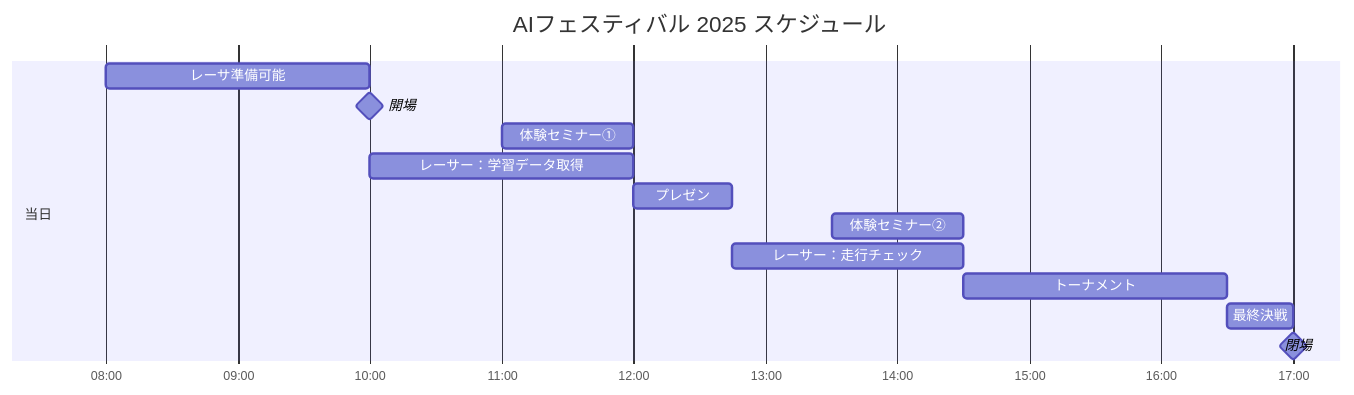
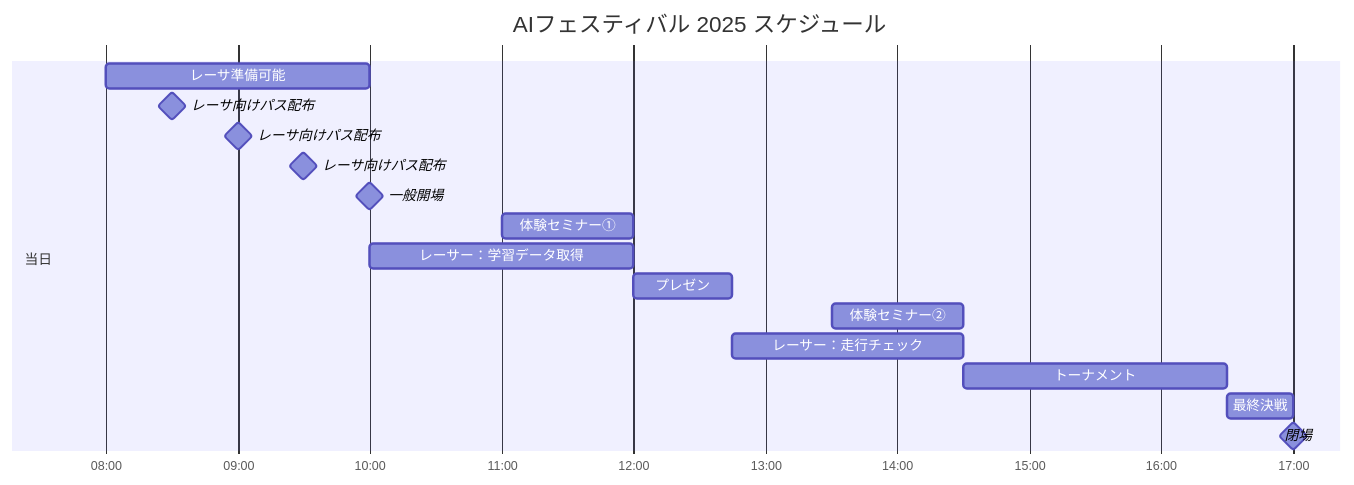
One commit to KwikHangout/AI-RC changed the diagram in AIFestival2025/AI_festival_plan_for_racer.md. Above: the diagram before and after it, drawn with Mermaid. The commit also changed 5 other files, not shown here.

````diff
--- a/AIFestival2025/AI_festival_plan_for_racer.md
+++ b/AIFestival2025/AI_festival_plan_for_racer.md
@@ -140,18 +140,21 @@
 ```mermaid
 gantt
     title AIフェスティバル 2025 スケジュール
     dateFormat YYYY-MM-DD HH:mm
     axisFormat %H:%M
 
     section 当日
     レーサ準備可能 :prep2, 2024-11-08 08:00, 2h
-    開場 :milestone, open, 2024-11-08 10:00, 0h
+    レーサ向けパス配布 :milestone, open, 2024-11-08 8:30, 0h
+    レーサ向けパス配布 :milestone, open, 2024-11-08 9:00, 0h
+    レーサ向けパス配布 :milestone, open, 2024-11-08 9:30, 0h
+    一般開場 :milestone, open, 2024-11-08 10:00, 0h
     体験セミナー① :hands1, 2024-11-08 11:00, 1h
     レーサー：学習データ取得 :racer, after open, 2h
     プレゼン :presentation, after racer, 0.75h
     体験セミナー② :hands3,2024-11-08 13:30, 1h
     レーサー：走行チェック :hands4, after presentation, 1.75h
     トーナメント :tournament, after hands3, 2h
     最終決戦 :final, after tournament, 30m
     閉場 :milestone, close, after final, 0h
 ```
````
